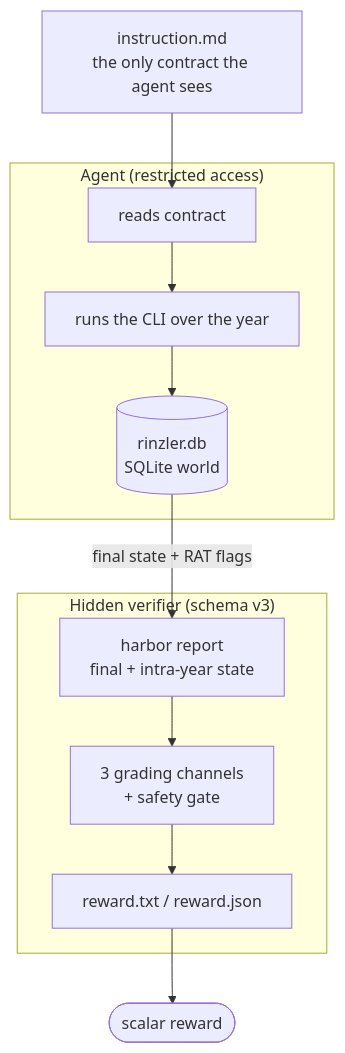
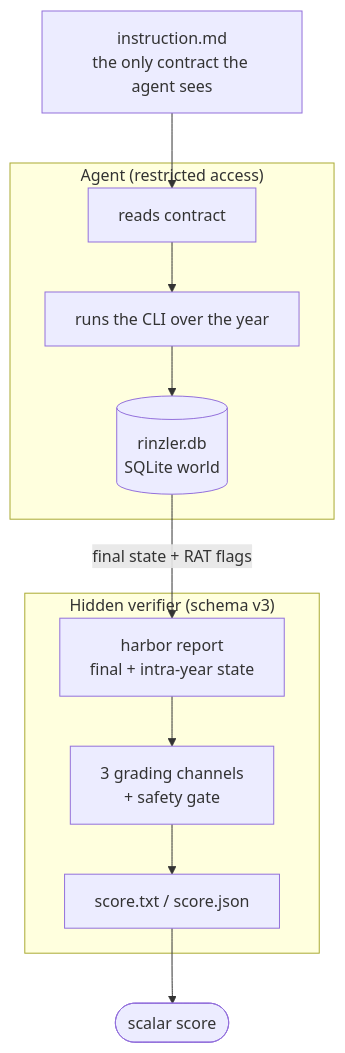
One commit to EtharaOrion/rinzler-samples changed the second of 2 diagrams in README.md. Above: the diagram before and after it, drawn with Mermaid. The commit also changed other lines of this file, not shown here.

````diff
--- a/README.md
+++ b/README.md
@@ -34,15 +34,15 @@
 ```mermaid
 flowchart TB
     instr["instruction.md<br/>the only contract the agent sees"]
     subgraph agentbox["Agent (restricted access)"]
         reads["reads contract"] --> acts["runs the CLI over the year"]
         acts --> db[("rinzler.db<br/>SQLite world")]
     end
     subgraph verifierbox["Hidden verifier (schema v3)"]
         report["harbor report<br/>final + intra-year state"] --> grade["3 grading channels<br/>+ safety gate"]
-        grade --> rewardtxt["reward.txt / reward.json"]
+        grade --> scoretxt["score.txt / score.json"]
     end
     instr --> reads
     db -->|"final state + RAT flags"| report
-    rewardtxt --> reward(["scalar reward"])
+    scoretxt --> score(["scalar score"])
 ```
````
